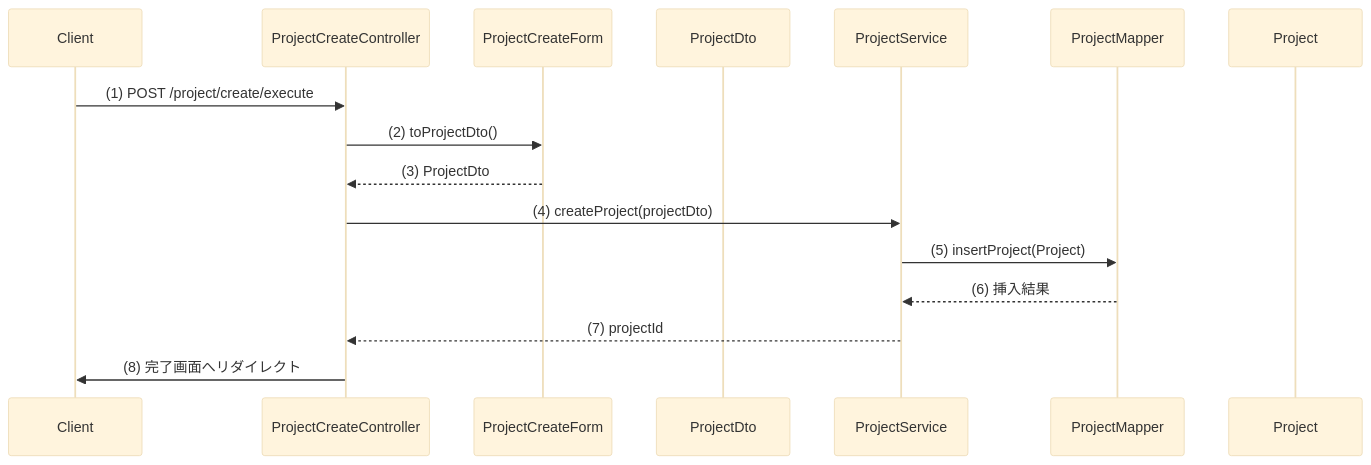
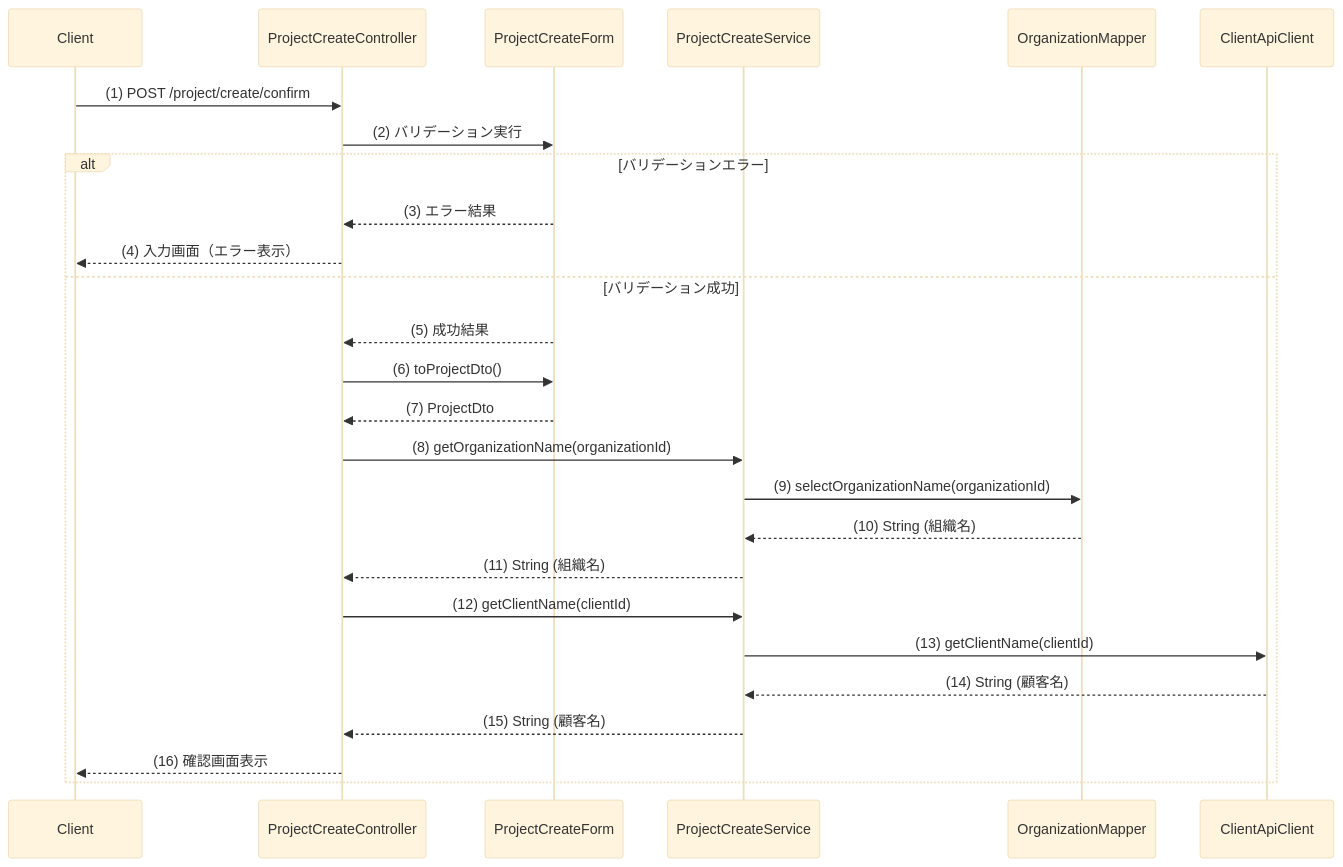
One commit to nagaoka-aya/rta-with-ai-2 changed the fourth of 4 diagrams in web/docs/plan/プロジェクト登録の実装計画.md. Above: the diagram before and after it, drawn with Mermaid (base theme). The commit also changed other lines of this file and 1 other file, not shown here.

````diff
--- a/web/docs/plan/プロジェクト登録の実装計画.md
+++ b/web/docs/plan/プロジェクト登録の実装計画.md
@@ -150,19 +163,29 @@
 ```mermaid
 sequenceDiagram
     participant Client
     participant ProjectCreateController
     participant ProjectCreateForm
-    participant ProjectDto
-    participant ProjectService
-    participant ProjectMapper
-    participant Project
+    participant ProjectCreateService
+    participant OrganizationMapper
+    participant ClientApiClient
     
-    Client ->> ProjectCreateController: (1) POST /project/create/execute
-    ProjectCreateController ->> ProjectCreateForm: (2) toProjectDto()
-    ProjectCreateForm -->> ProjectCreateController: (3) ProjectDto
-    ProjectCreateController ->> ProjectService: (4) createProject(projectDto)
-    ProjectService ->> ProjectMapper: (5) insertProject(Project)
-    ProjectMapper -->> ProjectService: (6) 挿入結果
-    ProjectService -->> ProjectCreateController: (7) projectId
-    ProjectCreateController ->> Client: (8) 完了画面へリダイレクト
+    Client ->> ProjectCreateController: (1) POST /project/create/confirm
+    ProjectCreateController ->> ProjectCreateForm: (2) バリデーション実行
+    alt バリデーションエラー
+        ProjectCreateForm -->> ProjectCreateController: (3) エラー結果
+        ProjectCreateController -->> Client: (4) 入力画面（エラー表示）
+    else バリデーション成功
+        ProjectCreateForm -->> ProjectCreateController: (5) 成功結果
+        ProjectCreateController ->> ProjectCreateForm: (6) toProjectDto()
+        ProjectCreateForm -->> ProjectCreateController: (7) ProjectDto
+        ProjectCreateController ->> ProjectCreateService: (8) getOrganizationName(organizationId)
+        ProjectCreateService ->> OrganizationMapper: (9) selectOrganizationName(organizationId)
+        OrganizationMapper -->> ProjectCreateService: (10) String (組織名)
+        ProjectCreateService -->> ProjectCreateController: (11) String (組織名)
+        ProjectCreateController ->> ProjectCreateService: (12) getClientName(clientId)
+        ProjectCreateService ->> ClientApiClient: (13) getClientName(clientId)
+        ClientApiClient -->> ProjectCreateService: (14) String (顧客名)
+        ProjectCreateService -->> ProjectCreateController: (15) String (顧客名)
+        ProjectCreateController -->> Client: (16) 確認画面表示
+    end
 ```
````
